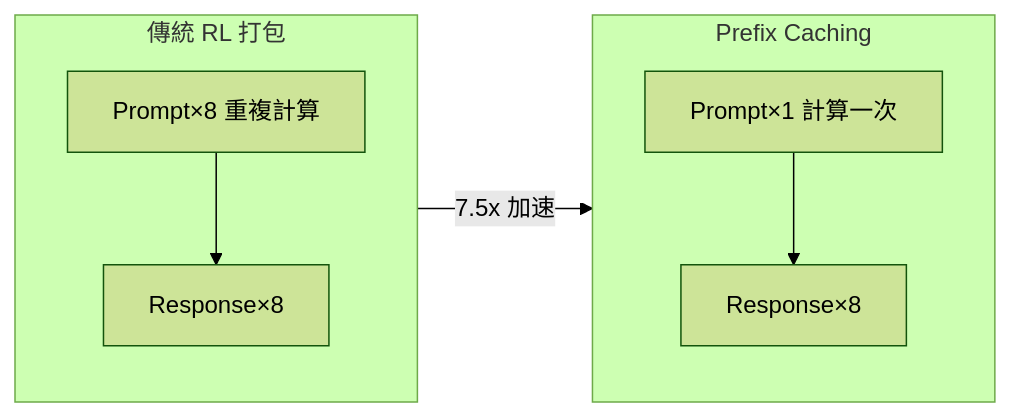
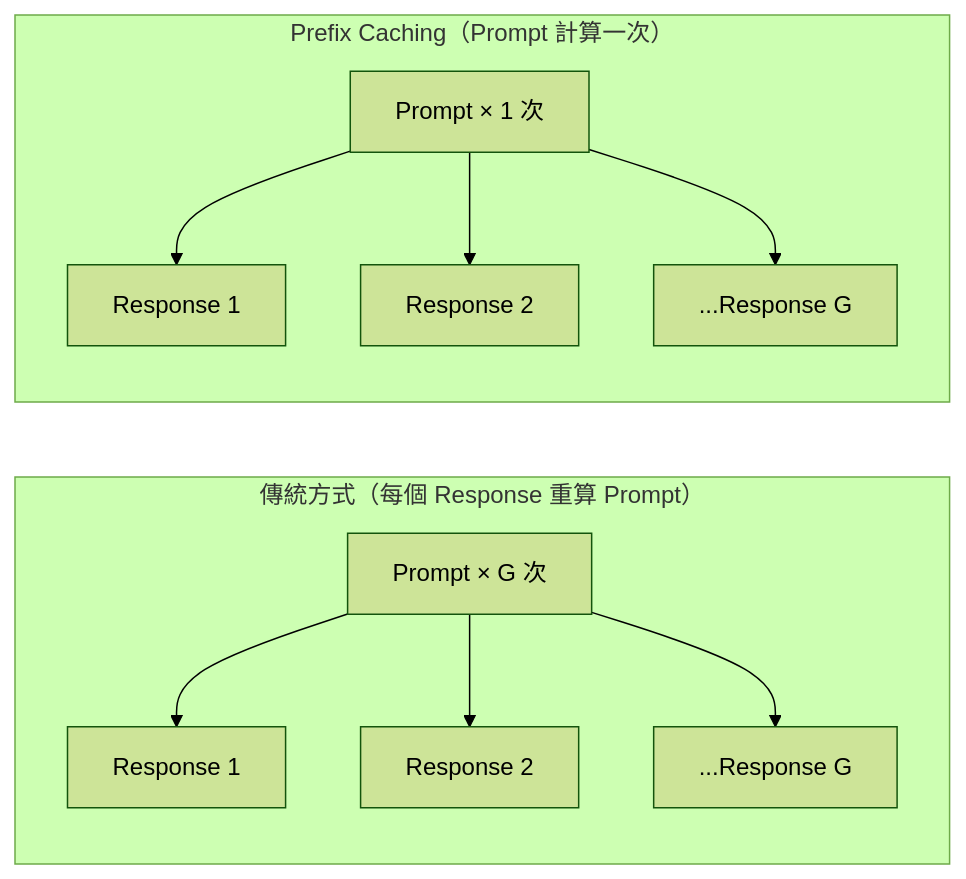
One commit to nick-xrex/ai-daily-content changed the first of 2 diagrams in 20-daily/2026-05-12.md. Above: the diagram before and after it, drawn with Mermaid (forest theme). The commit also changed other lines of this file and 672 other files, not shown here.

````diff
--- a/20-daily/2026-05-12.md
+++ b/20-daily/2026-05-12.md
@@ -21,10 +23,13 @@
 ```mermaid
 flowchart LR
-  subgraph OLD[傳統 RL 打包]
-    PA[Prompt×8 重複計算] --> RA[Response×8]
-  end
-  subgraph NEW[Prefix Caching]
-    PB[Prompt×1 計算一次] --> RB[Response×8]
-  end
-  OLD -->|7.5x 加速| NEW
+    subgraph OLD["傳統方式（每個 Response 重算 Prompt）"]
+        P1["Prompt × G 次"] --> RA["Response 1"]
+        P1 --> RB["Response 2"]
+        P1 --> RC["...Response G"]
+    end
+    subgraph NEW["Prefix Caching（Prompt 計算一次）"]
+        PC["Prompt × 1 次"] --> RD["Response 1"]
+        PC --> RE["Response 2"]
+        PC --> RF["...Response G"]
+    end
 ```
````
